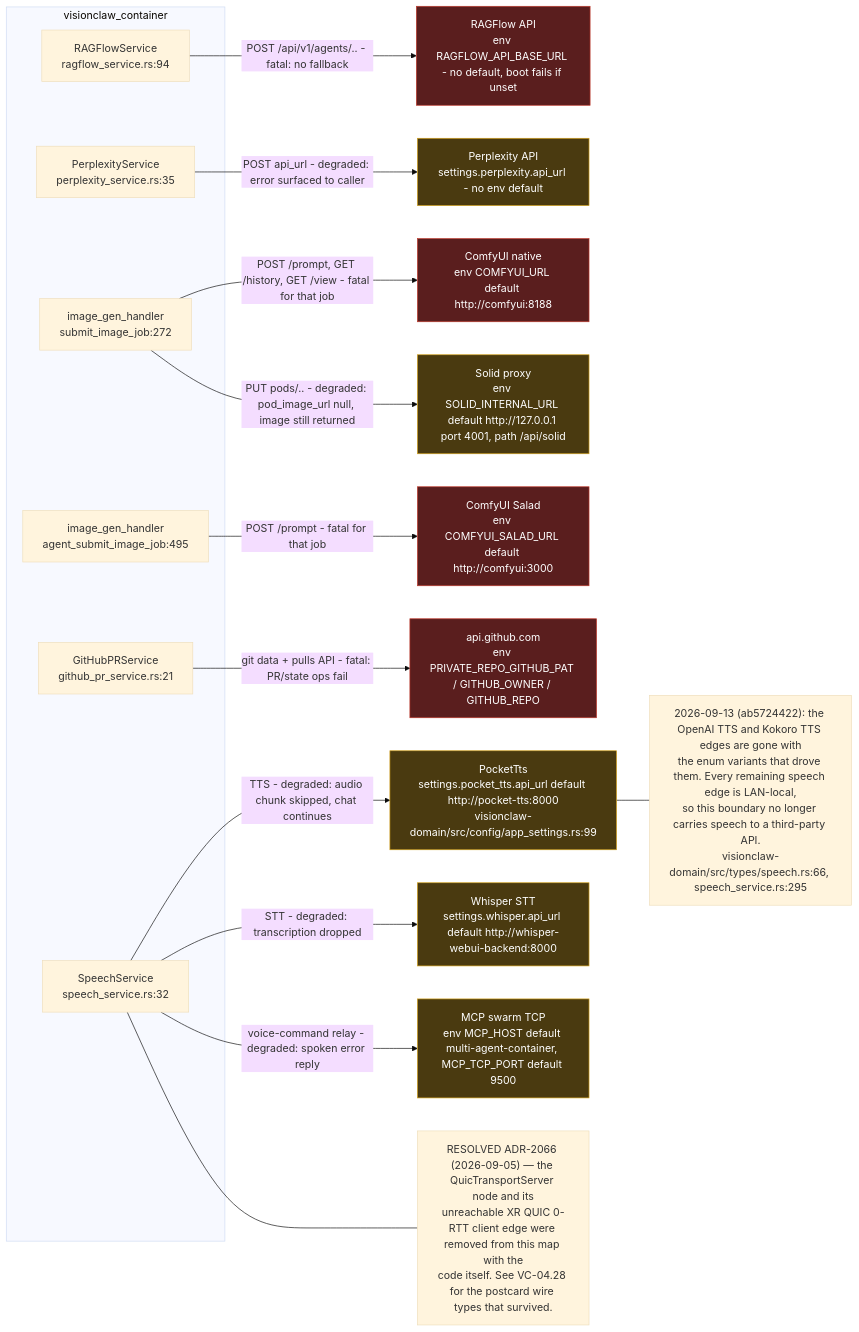
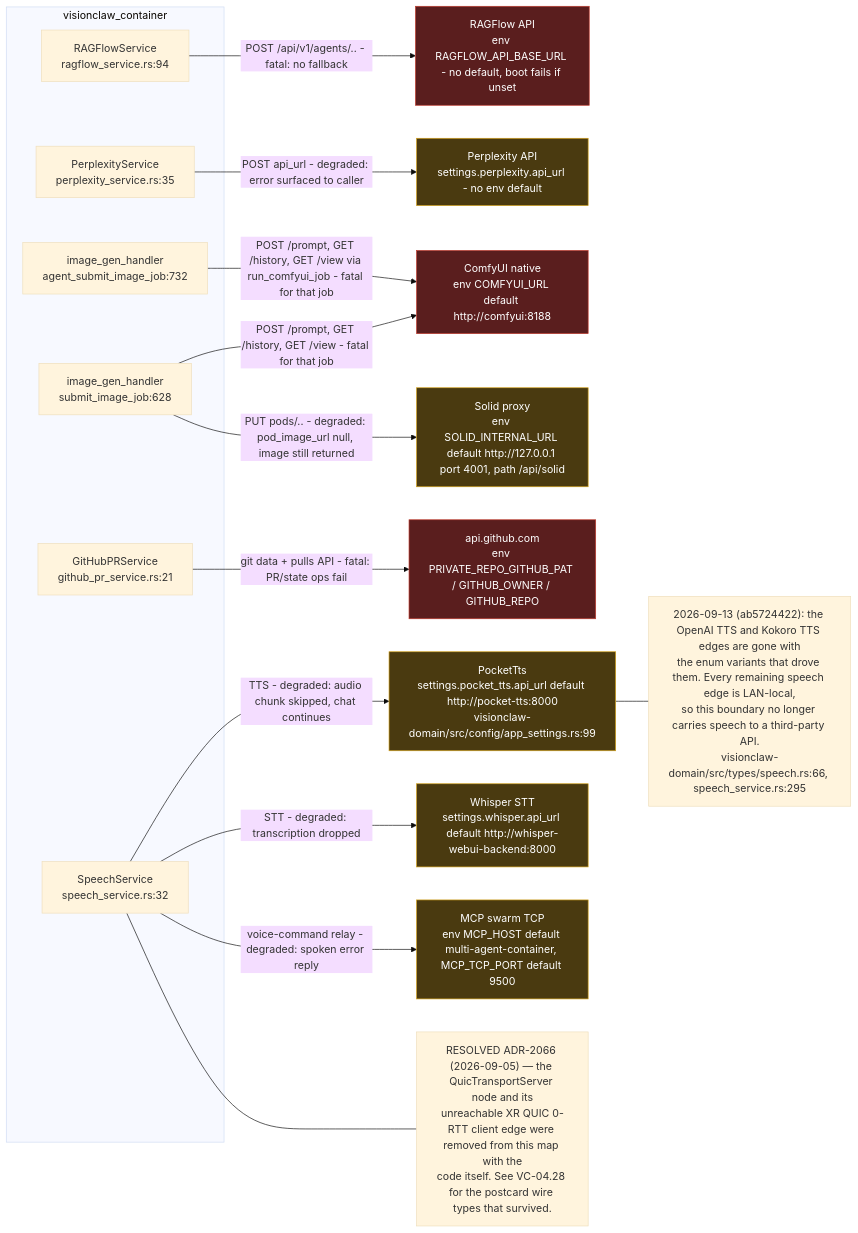
One commit to DreamLab-AI/VisionFlow changed the eighth of 8 diagrams in docs/diagrams/visionclaw/28-external-services.md. Above: the diagram before and after it, drawn with Mermaid (base theme). The commit also changed other lines of this file and 111 other files, not shown here.

Commit message:
docs(diagrams): align estate maps with current source

````diff
--- a/docs/diagrams/visionclaw/28-external-services.md
+++ b/docs/diagrams/visionclaw/28-external-services.md
@@ -380,41 +372,40 @@
 ```mermaid
 flowchart LR
     subgraph app["visionclaw_container"]
         RS["RAGFlowService<br/>ragflow_service.rs:94"]
         PS["PerplexityService<br/>perplexity_service.rs:35"]
-        IG["image_gen_handler<br/>submit_image_job:272"]
-        AG["image_gen_handler<br/>agent_submit_image_job:495"]
+        IG["image_gen_handler<br/>submit_image_job:628"]
+        AG["image_gen_handler<br/>agent_submit_image_job:732"]
         GH["GitHubPRService<br/>github_pr_service.rs:21"]
         SS["SpeechService<br/>speech_service.rs:32"]
     end
 
     RF["RAGFlow API<br/>env RAGFLOW_API_BASE_URL - no default, boot fails if unset"]
     PX["Perplexity API<br/>settings.perplexity.api_url - no env default"]
     CFU["ComfyUI native<br/>env COMFYUI_URL default http://comfyui:8188"]
-    CFS["ComfyUI Salad<br/>env COMFYUI_SALAD_URL default http://comfyui:3000"]
     SOL["Solid proxy<br/>env SOLID_INTERNAL_URL default http://127.0.0.1 port 4001, path /api/solid"]
     GHA["api.github.com<br/>env PRIVATE_REPO_GITHUB_PAT / GITHUB_OWNER / GITHUB_REPO"]
     PT["PocketTts<br/>settings.pocket_tts.api_url default http://pocket-tts:8000<br/>visionclaw-domain/src/config/app_settings.rs:99"]
     WHI["Whisper STT<br/>settings.whisper.api_url default http://whisper-webui-backend:8000"]
     MCPS["MCP swarm TCP<br/>env MCP_HOST default multi-agent-container, MCP_TCP_PORT default 9500"]
 
     RS -->|"POST /api/v1/agents/.. - fatal: no fallback"| RF
     PS -->|"POST api_url - degraded: error surfaced to caller"| PX
     IG -->|"POST /prompt, GET /history, GET /view - fatal for that job"| CFU
-    AG -->|"POST /prompt - fatal for that job"| CFS
+    AG -->|"POST /prompt, GET /history, GET /view via run_comfyui_job - fatal for that job"| CFU
     IG -->|"PUT pods/.. - degraded: pod_image_url null, image still returned"| SOL
     GH -->|"git data + pulls API - fatal: PR/state ops fail"| GHA
     SS -->|"TTS - degraded: audio chunk skipped, chat continues"| PT
     SS -->|"STT - degraded: transcription dropped"| WHI
     SS -->|"voice-command relay - degraded: spoken error reply"| MCPS
 
     N1["RESOLVED ADR-2066 (2026-09-05) — the QuicTransportServer node and its<br/>unreachable XR QUIC 0-RTT client edge were removed from this map with the<br/>code itself. See VC-04.28 for the postcard wire types that survived."]
     SS --- N1
     N2["2026-09-13 (ab5724422): the OpenAI TTS and Kokoro TTS edges are gone with<br/>the enum variants that drove them. Every remaining speech edge is LAN-local,<br/>so this boundary no longer carries speech to a third-party API.<br/>visionclaw-domain/src/types/speech.rs:66, speech_service.rs:295"]
     PT --- N2
 
     classDef fatal fill:#5a1e1e,stroke:#c0392b,color:#fff
     classDef degraded fill:#4a3a10,stroke:#d4a017,color:#fff
-    class RF,GHA,CFU,CFS fatal
+    class RF,GHA,CFU fatal
     class PX,SOL,PT,WHI,MCPS degraded
 ```
````
